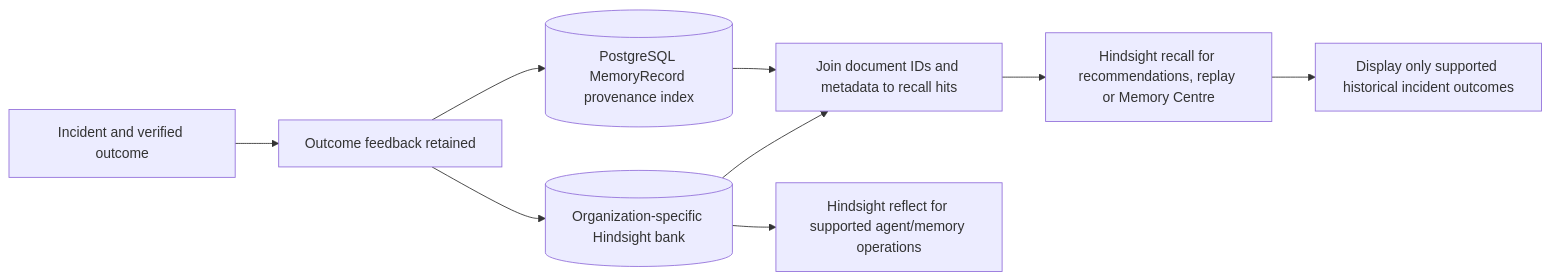
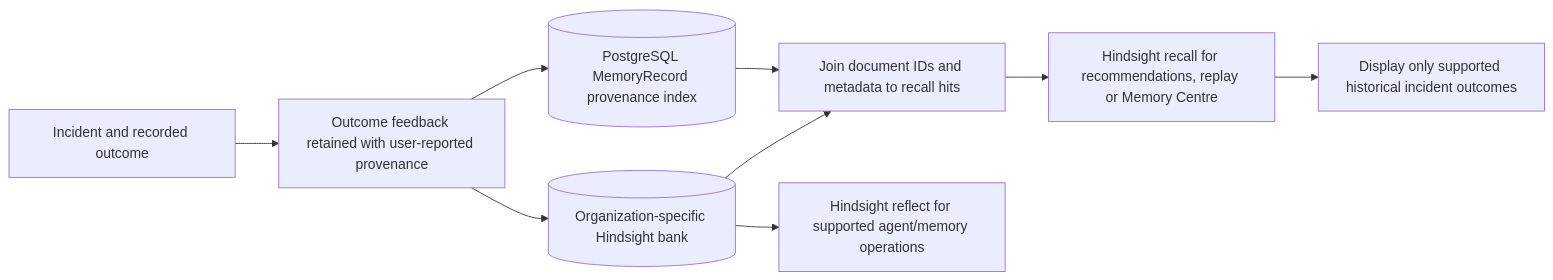
The sixth of 8 diagrams in README.md (GandrothuNagaSaiRishitha/Resilient-Supply-Chains), drawn with Mermaid before and after one commit. The commit also changed other lines of this file and 32 other files, not shown here.

````diff
--- a/README.md
+++ b/README.md
@@ -189,11 +194,11 @@
 ```mermaid
 flowchart LR
-    A[Incident and verified outcome] --> B[Outcome feedback retained]
+    A[Incident and recorded outcome] --> B[Outcome feedback retained with user-reported provenance]
     B --> C[(Organization-specific Hindsight bank)]
     B --> D[(PostgreSQL MemoryRecord provenance index)]
     D --> E[Join document IDs and metadata to recall hits]
     C --> E
     E --> F[Hindsight recall for recommendations, replay or Memory Centre]
     F --> G[Display only supported historical incident outcomes]
     C --> H[Hindsight reflect for supported agent/memory operations]
 ```
````
